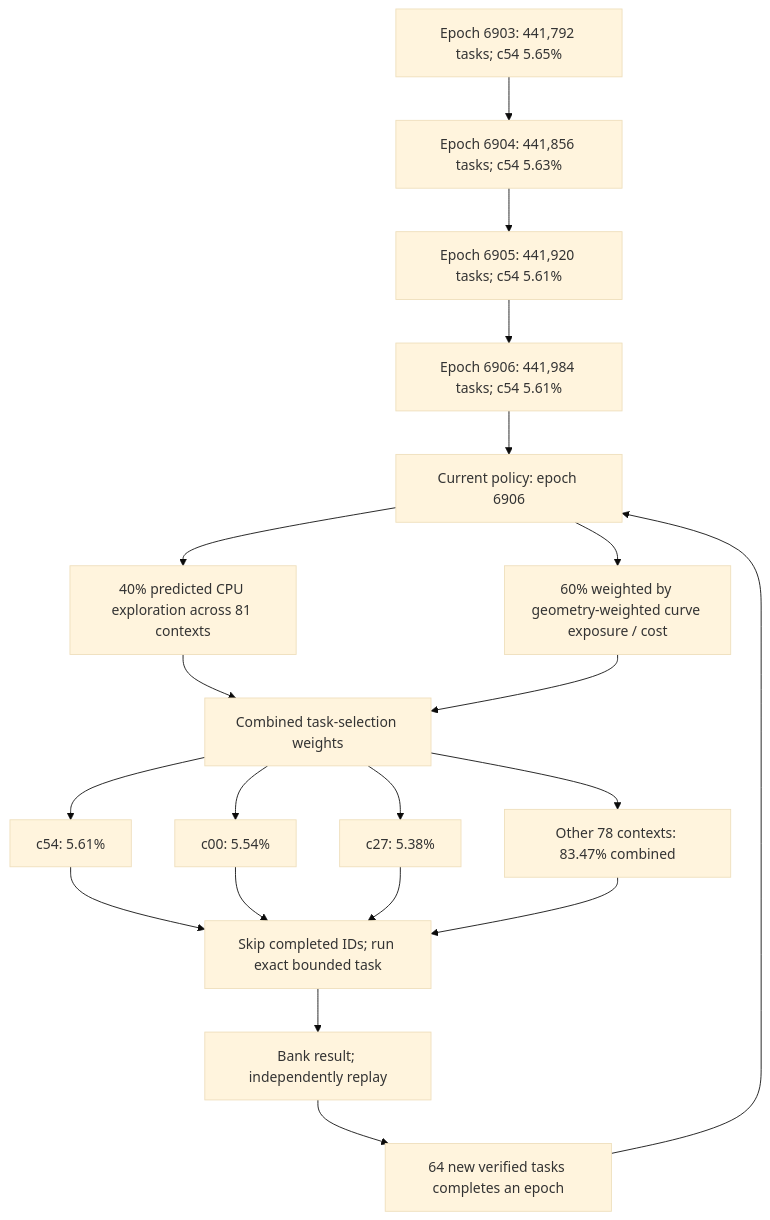
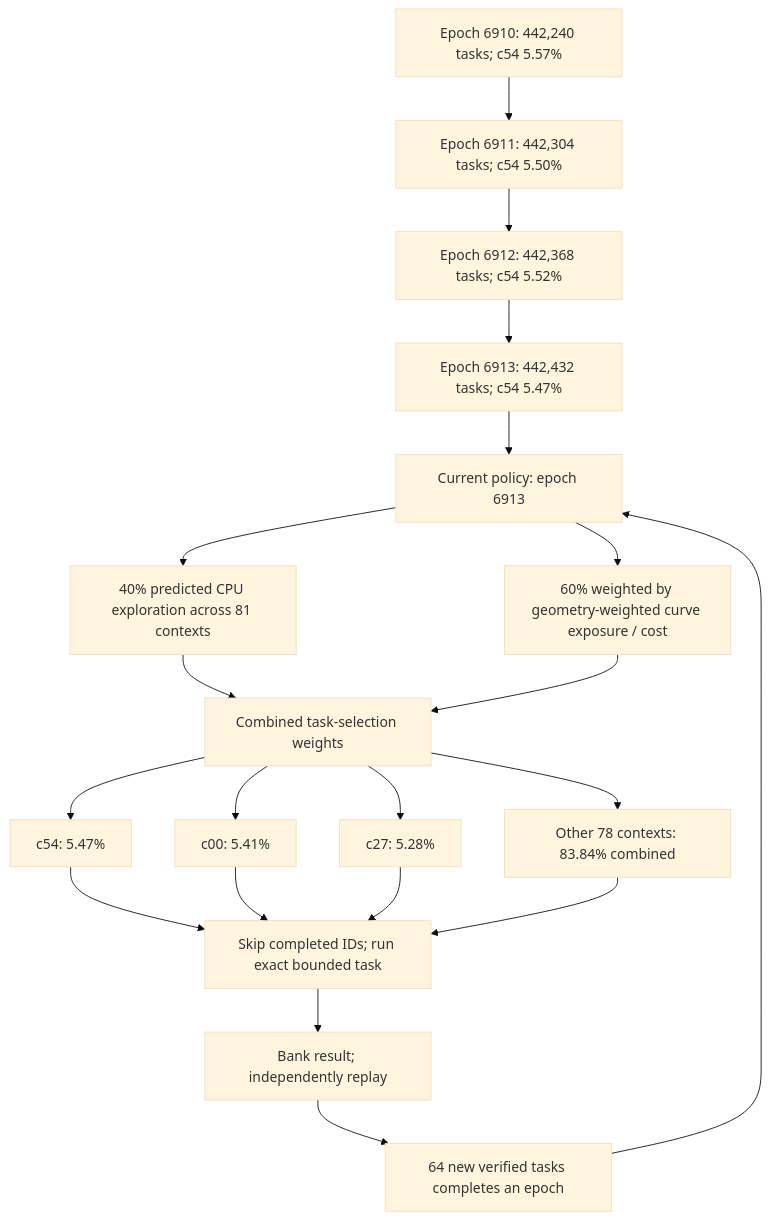
One commit to Kuberwastaken/math-gambling changed the first of 4 diagrams in README.md. Above: the diagram before and after it, drawn with Mermaid (base theme). The commit also changed other lines of this file and 1447 other files, not shown here.

````diff
--- a/README.md
+++ b/README.md
@@ -60,27 +60,27 @@
 ```mermaid
 flowchart TD
-    H0["Epoch 6903: 441,792 tasks; c54 5.65%"]
-    H1["Epoch 6904: 441,856 tasks; c54 5.63%"]
+    H0["Epoch 6910: 442,240 tasks; c54 5.57%"]
+    H1["Epoch 6911: 442,304 tasks; c54 5.50%"]
     H0 --> H1
-    H2["Epoch 6905: 441,920 tasks; c54 5.61%"]
+    H2["Epoch 6912: 442,368 tasks; c54 5.52%"]
     H1 --> H2
-    H3["Epoch 6906: 441,984 tasks; c54 5.61%"]
+    H3["Epoch 6913: 442,432 tasks; c54 5.47%"]
     H2 --> H3
-    Policy["Current policy: epoch 6906"]
+    Policy["Current policy: epoch 6913"]
     H3 --> Policy
     Policy --> Explore["40% predicted CPU exploration across 81 contexts"]
     Policy --> Cost["60% weighted by geometry-weighted curve exposure / cost"]
     Explore --> Mix["Combined task-selection weights"]
     Cost --> Mix
-    Mix --> C0["c54: 5.61%"]
-    Mix --> C1["c00: 5.54%"]
-    Mix --> C2["c27: 5.38%"]
-    Mix --> Rest["Other 78 contexts: 83.47% combined"]
+    Mix --> C0["c54: 5.47%"]
+    Mix --> C1["c00: 5.41%"]
+    Mix --> C2["c27: 5.28%"]
+    Mix --> Rest["Other 78 contexts: 83.84% combined"]
     C0 --> Check["Skip completed IDs; run exact bounded task"]
     C1 --> Check
     C2 --> Check
     Rest --> Check
     Check --> Replay["Bank result; independently replay"]
     Replay --> Gate["64 new verified tasks completes an epoch"]
     Gate --> Policy
 ```
````
